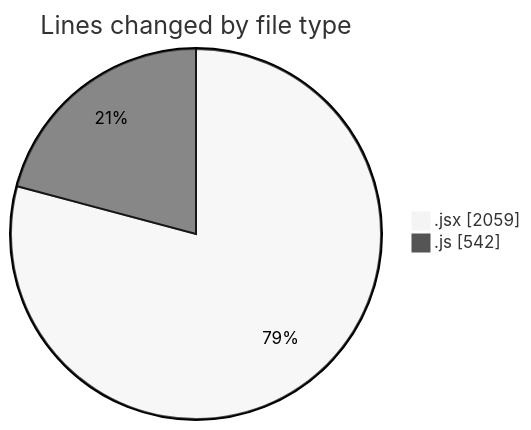
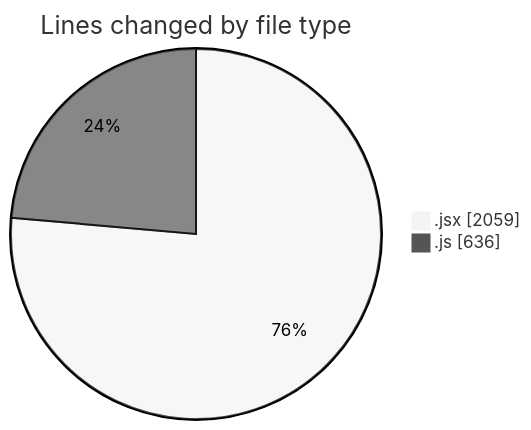
The first of 2 diagrams in 2025-12-28/nxtqube_webapp/README.md (nxtqubesakshisongat/code-tracking), drawn with Mermaid (neutral theme) before and after one commit. The commit also changed other lines of this file and 1 other file, not shown here.

````diff
--- a/2025-12-28/nxtqube_webapp/README.md
+++ b/2025-12-28/nxtqube_webapp/README.md
@@ -23,6 +23,6 @@
 ```mermaid
 pie showData
 title Lines changed by file type
 ".jsx" : 2059
-".js" : 542
+".js" : 636
 ```
````
